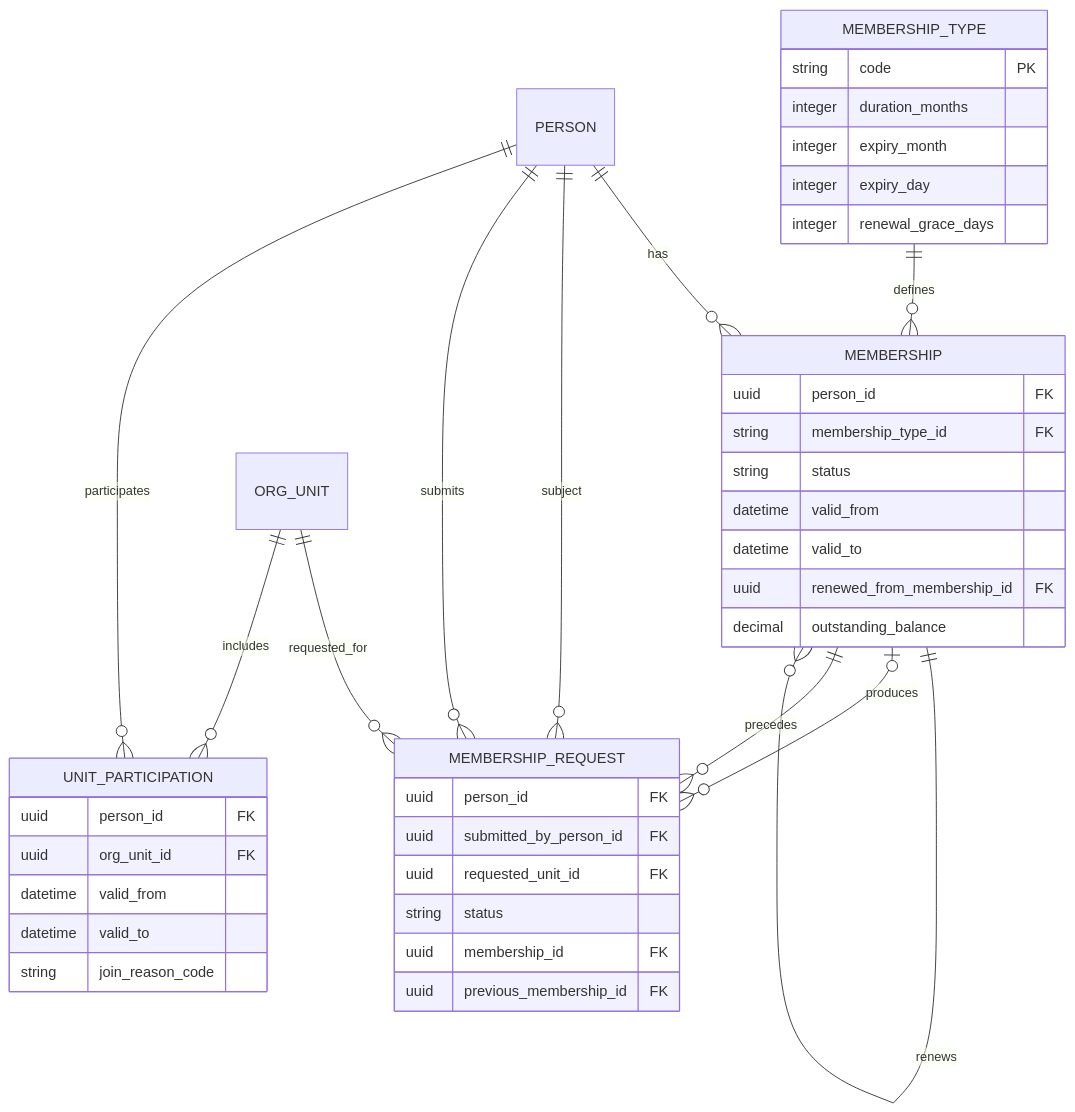
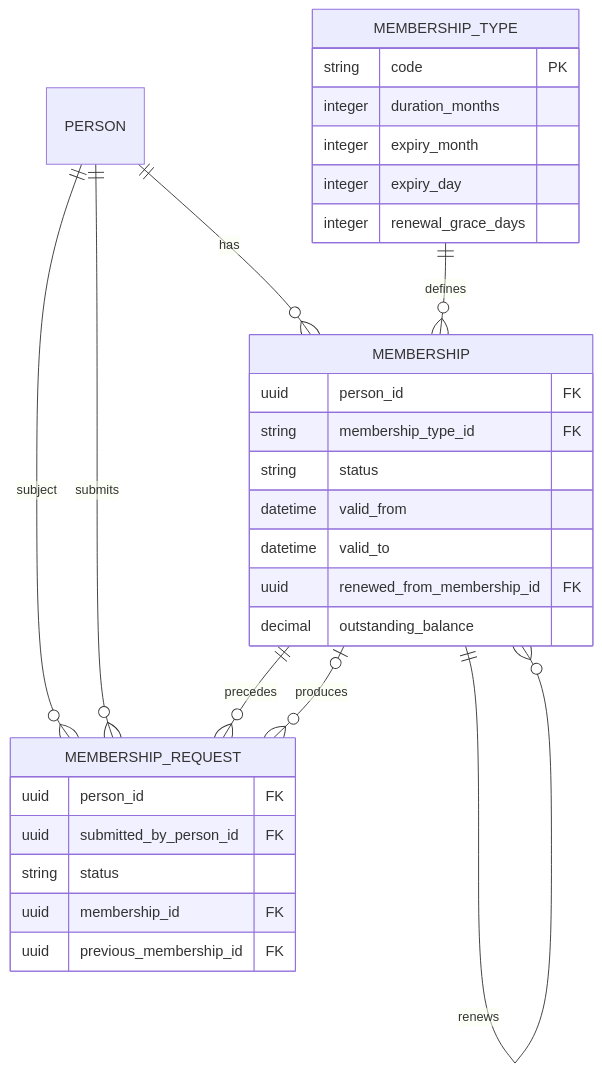
The fourth of 8 diagrams in docs/appendix/erd.md (azduha/taborak-specification), drawn with Mermaid before and after one commit. The commit also changed other lines of this file and 23 other files, not shown here.

````diff
--- a/docs/appendix/erd.md
+++ b/docs/appendix/erd.md
@@ -253,44 +253,33 @@
 ```mermaid
 erDiagram
     MEMBERSHIP_TYPE {
         string code PK
         integer duration_months
         integer expiry_month
         integer expiry_day
         integer renewal_grace_days
     }
     MEMBERSHIP {
         uuid person_id FK
         string membership_type_id FK
         string status
         datetime valid_from
         datetime valid_to
         uuid renewed_from_membership_id FK
         decimal outstanding_balance
     }
     MEMBERSHIP_REQUEST {
         uuid person_id FK
         uuid submitted_by_person_id FK
-        uuid requested_unit_id FK
         string status
         uuid membership_id FK
         uuid previous_membership_id FK
-    }
-    UNIT_PARTICIPATION {
-        uuid person_id FK
-        uuid org_unit_id FK
-        datetime valid_from
-        datetime valid_to
-        string join_reason_code
     }
     PERSON ||--o{ MEMBERSHIP : has
     MEMBERSHIP_TYPE ||--o{ MEMBERSHIP : defines
     MEMBERSHIP ||--o{ MEMBERSHIP : renews
     PERSON ||--o{ MEMBERSHIP_REQUEST : subject
     PERSON ||--o{ MEMBERSHIP_REQUEST : submits
-    ORG_UNIT ||--o{ MEMBERSHIP_REQUEST : requested_for
-    MEMBERSHIP o|--o{ MEMBERSHIP_REQUEST : produces
+    MEMBERSHIP_REQUEST }o--o| MEMBERSHIP : produces
     MEMBERSHIP ||--o{ MEMBERSHIP_REQUEST : precedes
-    PERSON ||--o{ UNIT_PARTICIPATION : participates
-    ORG_UNIT ||--o{ UNIT_PARTICIPATION : includes
 ```
````
